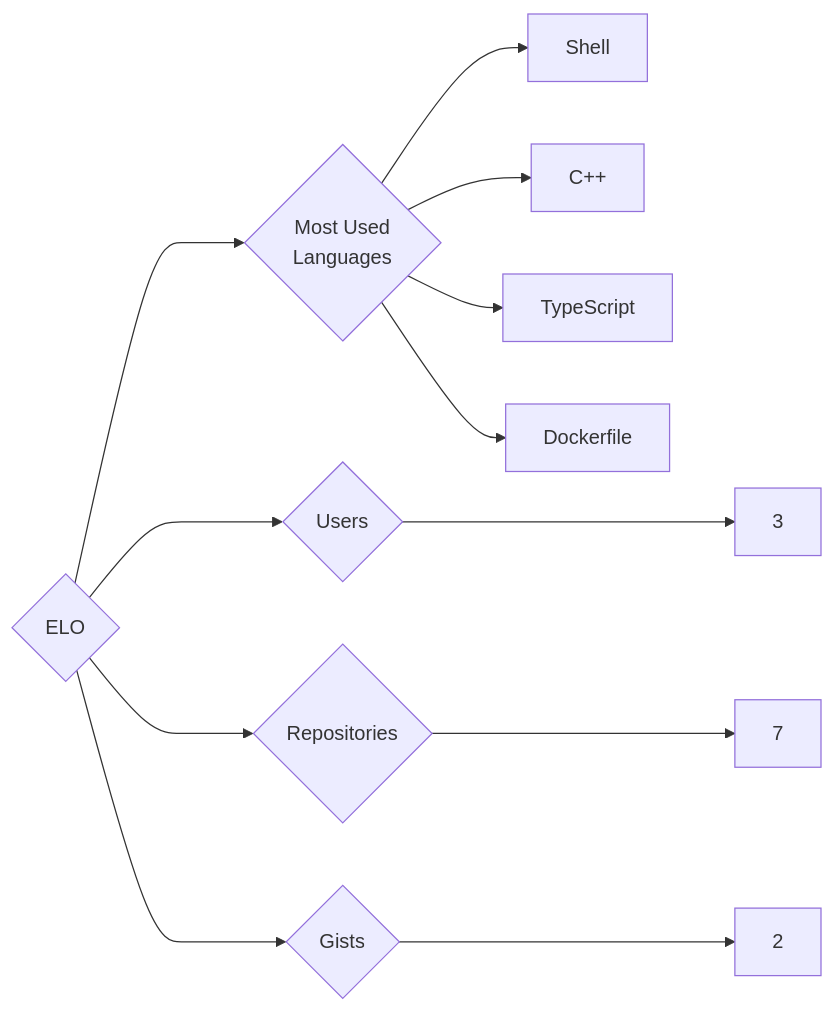
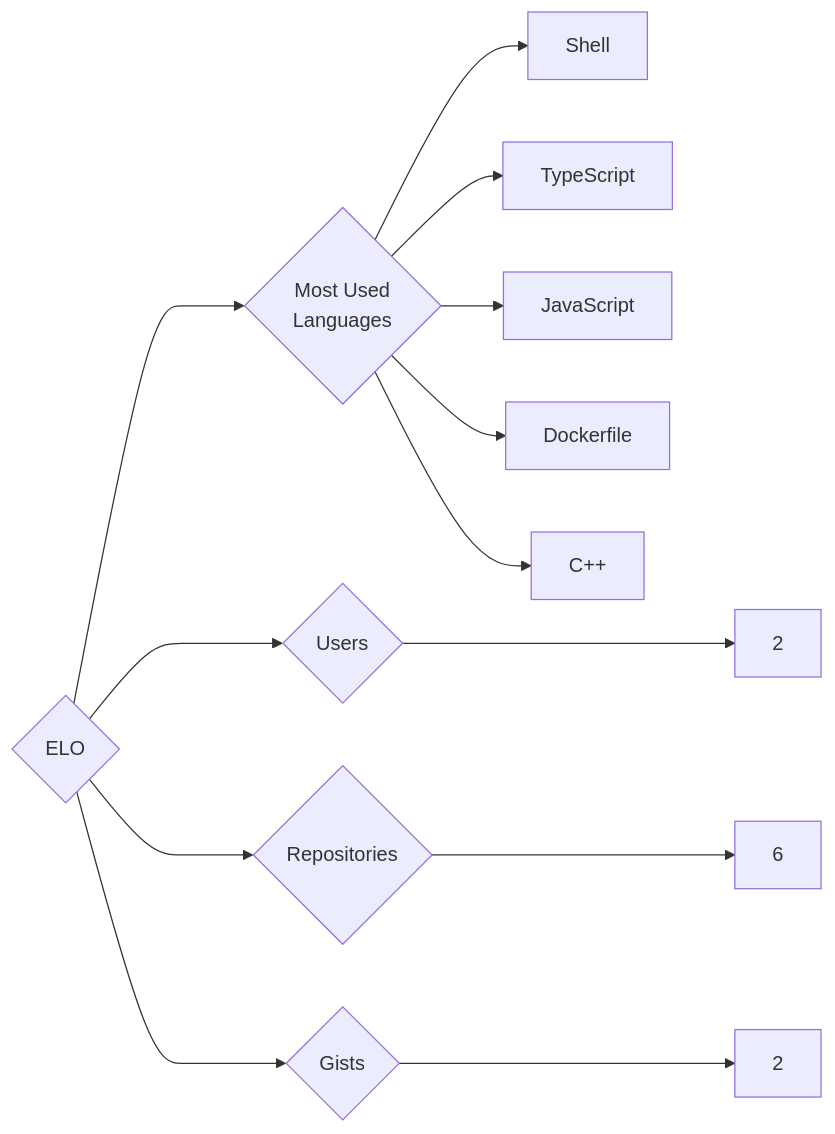
The diagram in targets/ELO/README.md (trickest/insiders), drawn with Mermaid before and after one commit. The commit also changed 776 other files, not shown here.

````diff
--- a/targets/ELO/README.md
+++ b/targets/ELO/README.md
@@ -3,12 +3,13 @@
 ```mermaid
 graph LR
 COMPANY_NAME{ELO}
-COMPANY_NAME ---> U{Users} ---> UN[3]
-COMPANY_NAME ---> R{Repositories} ---> RN[7]
+COMPANY_NAME ---> U{Users} ---> UN[2]
+COMPANY_NAME ---> R{Repositories} ---> RN[6]
 COMPANY_NAME ---> G{Gists} ---> GN[2]
 COMPANY_NAME ---> ML{Most Used<br>Languages}
 ML --> Shell[Shell]
+ML --> TypeScript[TypeScript]
+ML --> JavaScript[JavaScript]
+ML --> Dockerfile[Dockerfile]
 ML --> C++[C++]
-ML --> TypeScript[TypeScript]
-ML --> Dockerfile[Dockerfile]
 ```
````
